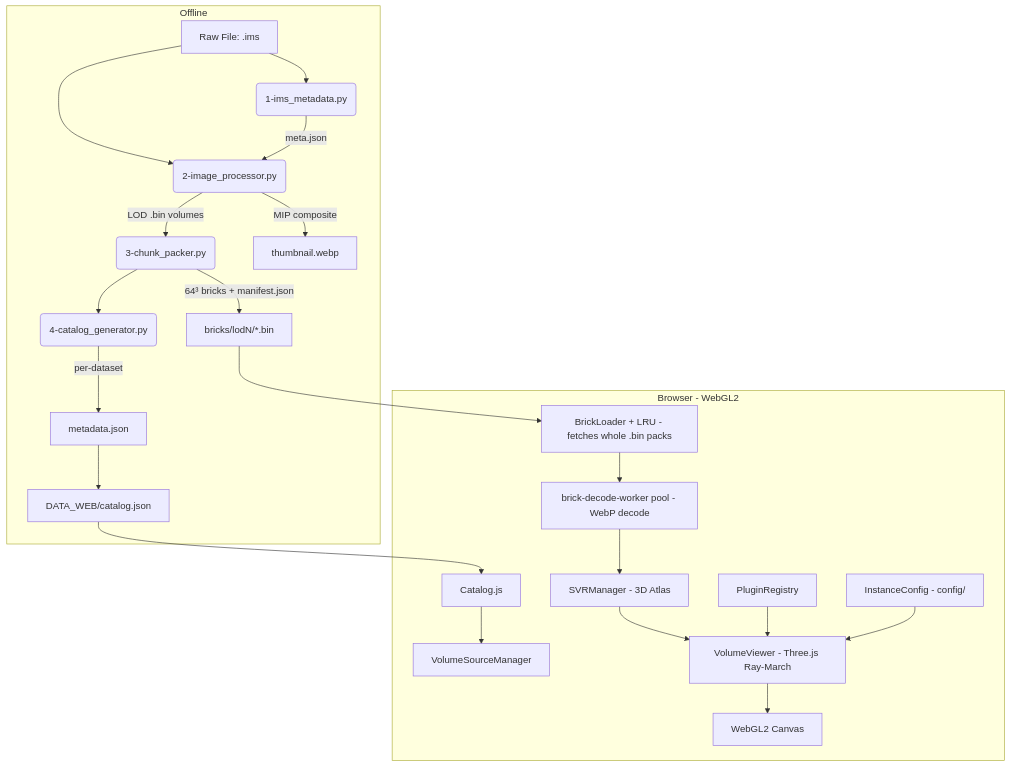
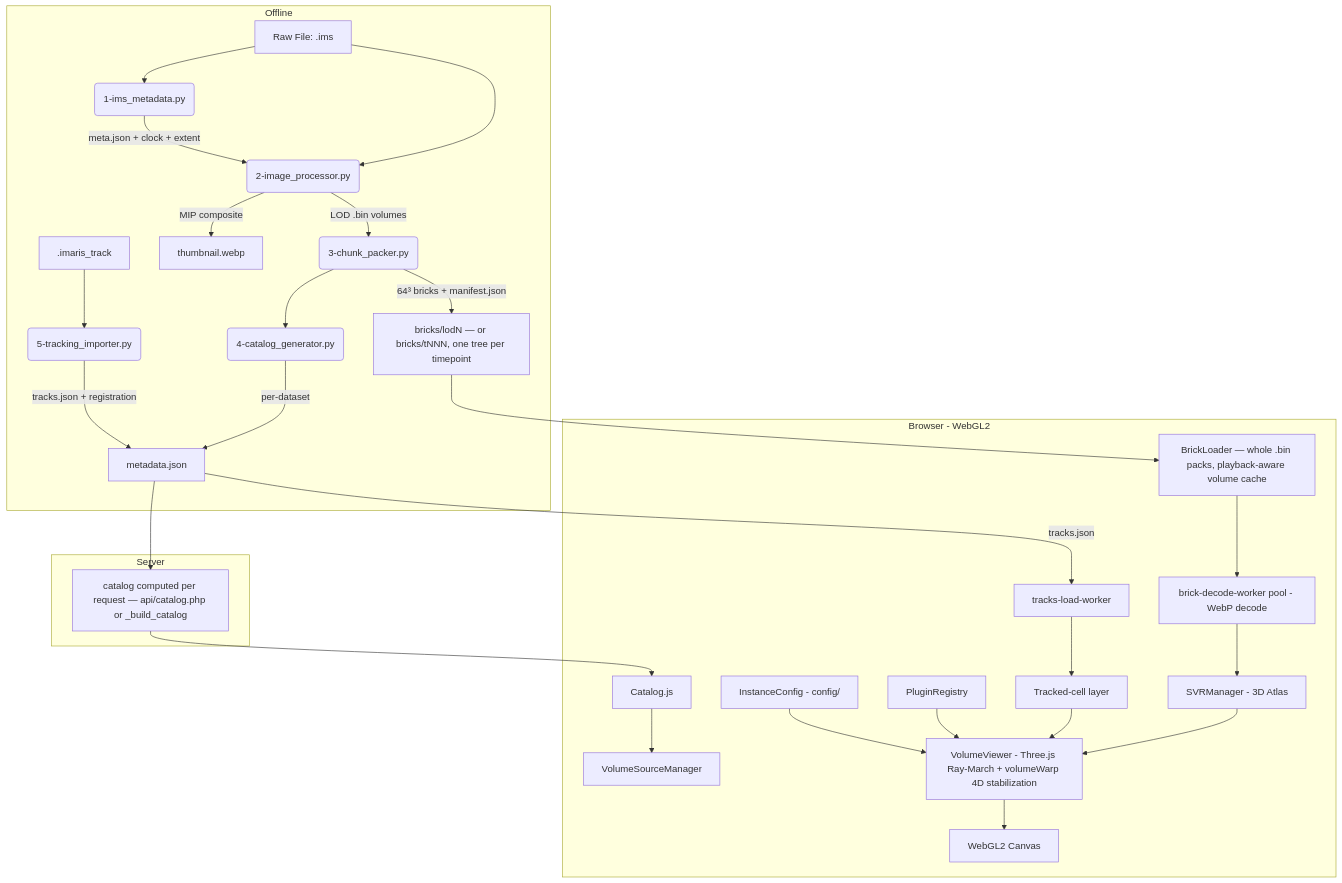
Before and after one commit to nutchaxo/lumen3D: the diagram in README.md, drawn with Mermaid. The commit also changed other lines of this file, not shown here.

````diff
--- a/README.md
+++ b/README.md
@@ -68,26 +87,34 @@
 ```mermaid
 graph TD
     subgraph Preprocessing Pipeline [Offline]
         A[Raw File: .ims] --> B(1-ims_metadata.py)
         A --> C(2-image_processor.py)
-        B -->|meta.json| C
+        B -->|meta.json + clock + extent| C
         C -->|LOD .bin volumes| D(3-chunk_packer.py)
         C -->|MIP composite| E[thumbnail.webp]
-        D -->|64³ bricks + manifest.json| F[bricks/lodN/*.bin]
+        D -->|64³ bricks + manifest.json| F["bricks/lodN — or bricks/tNNN, one tree per timepoint"]
         D --> G(4-catalog_generator.py)
         G -->|per-dataset| H[metadata.json]
-        H --> I[DATA_WEB/catalog.json]
+        T[.imaris_track] --> U(5-tracking_importer.py)
+        U -->|tracks.json + registration| H
+    end
+
+    subgraph Server
+        H --> I["catalog computed per request — api/catalog.php or _build_catalog"]
     end
 
     subgraph Client [Browser - WebGL2]
         I --> J[Catalog.js]
         J --> K[VolumeSourceManager]
-        F --> L[BrickLoader + LRU - fetches whole .bin packs]
+        F --> L["BrickLoader — whole .bin packs, playback-aware volume cache"]
         L --> N[brick-decode-worker pool - WebP decode]
         N --> O[SVRManager - 3D Atlas]
-        O --> P[VolumeViewer - Three.js Ray-March]
+        O --> P["VolumeViewer - Three.js Ray-March + volumeWarp 4D stabilization"]
         P --> Q[WebGL2 Canvas]
+        H -->|tracks.json| V[tracks-load-worker]
+        V --> W[Tracked-cell layer]
+        W --> P
         R[PluginRegistry] --> P
         S[InstanceConfig - config/] --> P
     end
 ```
````
